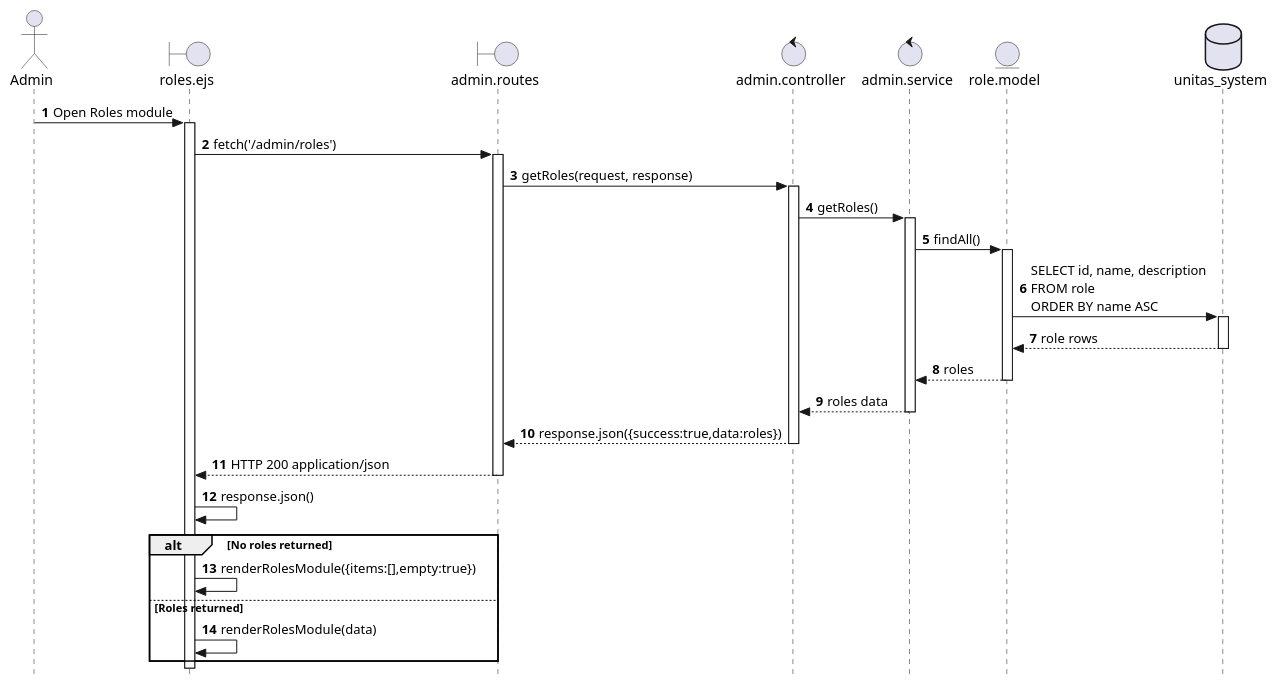
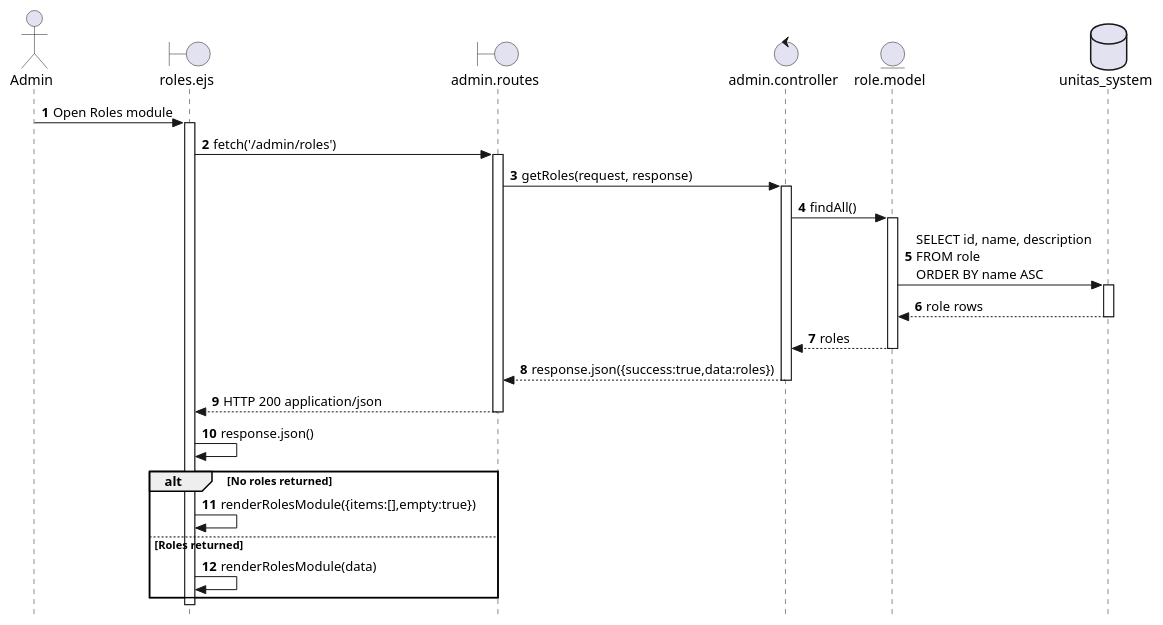
The diagram in documentation/sequence_diagrams/ADMIN-01-SD.puml (Berthou05/LimboSoftwareDevelopment_Change.org), drawn with PlantUML before and after one commit. The commit also changed 5 other files, not shown here.

```diff
--- a/documentation/sequence_diagrams/ADMIN-01-SD.puml
+++ b/documentation/sequence_diagrams/ADMIN-01-SD.puml
@@ -1,44 +1,39 @@
 @startuml
 skinparam style strictuml
 autonumber
 
 actor "Admin" as U
 boundary "roles.ejs" as V
 boundary "admin.routes" as RO
 control "admin.controller" as C
-control "admin.service" as SV
 entity "role.model" as X
 database "unitas_system" as DB
 
 U -> V: Open Roles module
 activate V
 V -> RO: fetch('/admin/roles')
 activate RO
 RO -> C: getRoles(request, response)
 activate C
-C -> SV: getRoles()
-activate SV
-SV -> X: findAll()
+C -> X: findAll()
 activate X
 X -> DB: SELECT id, name, description\nFROM role\nORDER BY name ASC
 activate DB
 DB --> X: role rows
 deactivate DB
-X --> SV: roles
+X --> C: roles
 deactivate X
-SV --> C: roles data
-deactivate SV
 C --> RO: response.json({success:true,data:roles})
 deactivate C
 RO --> V: HTTP 200 application/json
 deactivate RO
 V -> V: response.json()
 
 alt No roles returned
 V -> V: renderRolesModule({items:[],empty:true})
 else Roles returned
 V -> V: renderRolesModule(data)
 end
 deactivate V
 
 @enduml
```
